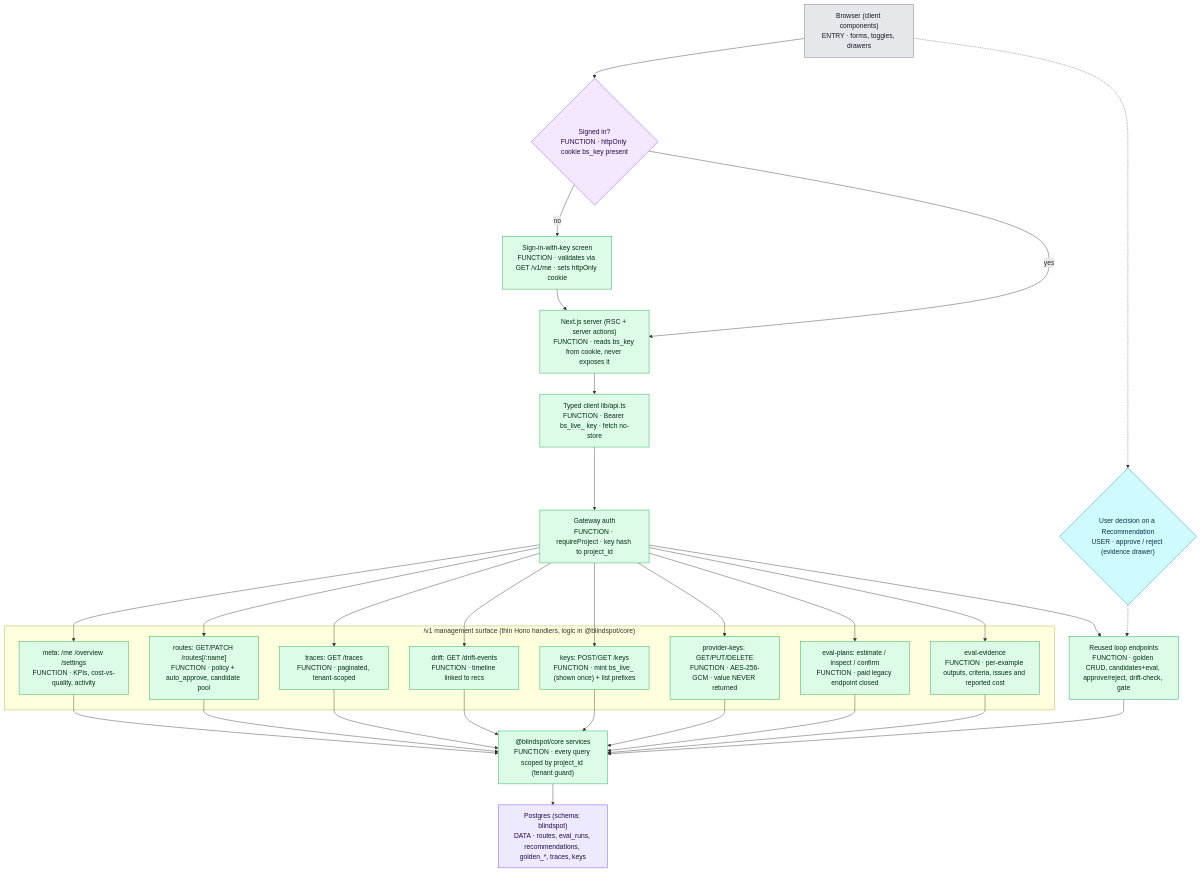
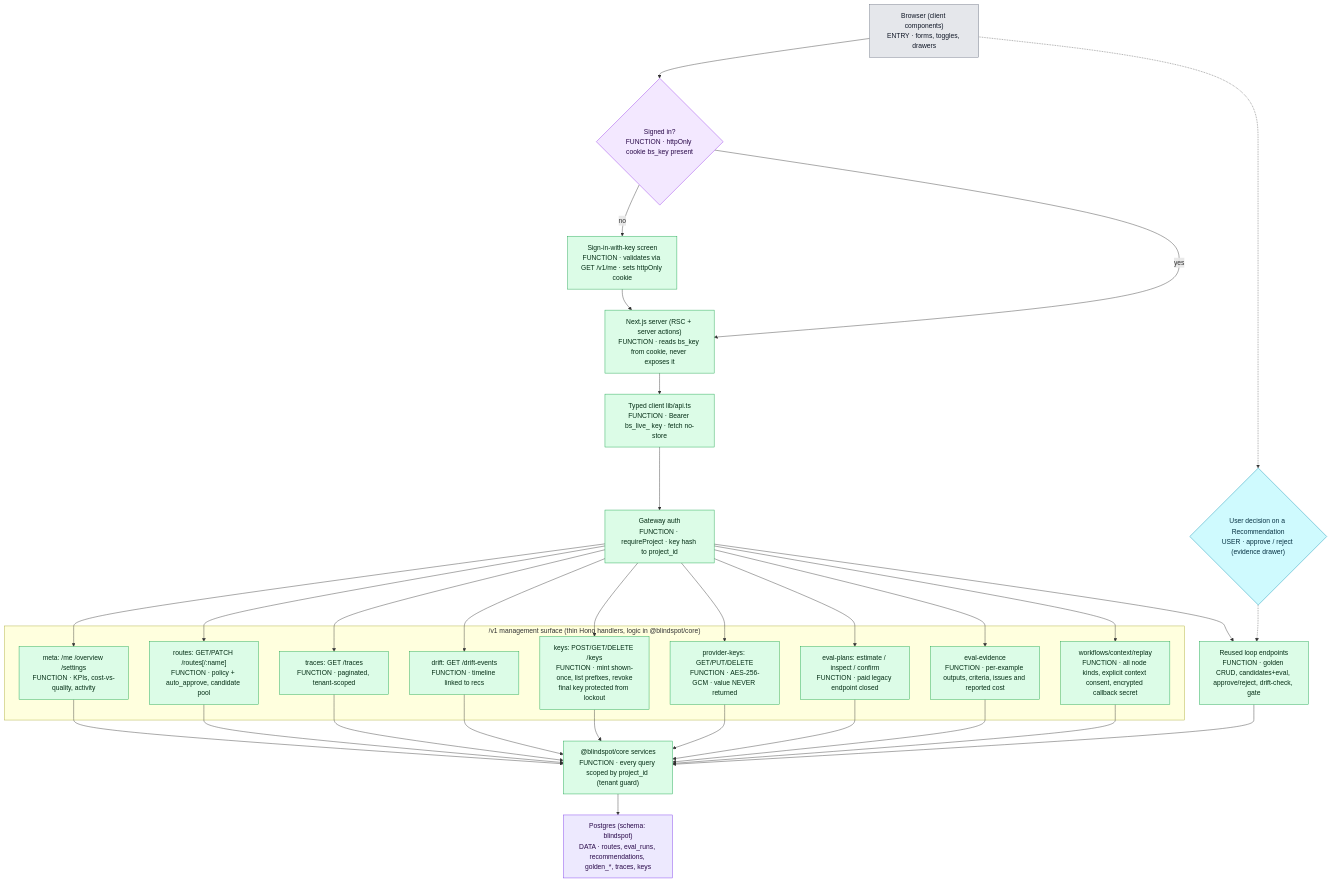
The diagram in docs/mermaid/05-dashboard-mgmt.mmd (APareek89/blindspot), drawn with Mermaid before and after one commit. The commit also changed 70 other files, not shown here.

Commit message:
feat: make eval evidence truthful and deployable

```diff
--- a/docs/mermaid/05-dashboard-mgmt.mmd
+++ b/docs/mermaid/05-dashboard-mgmt.mmd
@@ -1,57 +1,62 @@
-%% Blindspot — dashboard + management API (Phase 7). BUILT & verified live 2026-07-16.
+%% Blindspot — dashboard + management API. Truthful-evidence UX + key rotation synced 2026-07-21.
 %% The Next.js dashboard is a pure HTTP client of /v1; the bs_live_ key never leaves the server.
+%% files: apps/dashboard/lib/api.ts, apps/dashboard/app/(app)/settings/SettingsView.tsx, apps/dashboard/app/(app)/routes/[name]/evals/page.tsx, apps/gateway/src/manage/keys.ts, apps/gateway/src/manage/workflows.ts
+%% granularity: full
 flowchart TD
   U["Browser (client components)<br/>ENTRY · forms, toggles, drawers"]:::term
   L{"Signed in?<br/>FUNCTION · httpOnly cookie bs_key present"}:::dec
   SI["Sign-in-with-key screen<br/>FUNCTION · validates via GET /v1/me · sets httpOnly cookie"]:::fn
   SC["Next.js server (RSC + server actions)<br/>FUNCTION · reads bs_key from cookie, never exposes it"]:::fn
   API["Typed client lib/api.ts<br/>FUNCTION · Bearer bs_live_ key · fetch no-store"]:::fn
   MW["Gateway auth<br/>FUNCTION · requireProject · key hash to project_id"]:::fn
 
   subgraph MGMT["/v1 management surface (thin Hono handlers, logic in @blindspot/core)"]
     ME["meta: /me /overview /settings<br/>FUNCTION · KPIs, cost-vs-quality, activity"]:::fn
     RT["routes: GET/PATCH /routes[/:name]<br/>FUNCTION · policy + auto_approve, candidate pool"]:::fn
     TR["traces: GET /traces<br/>FUNCTION · paginated, tenant-scoped"]:::fn
     DR["drift: GET /drift-events<br/>FUNCTION · timeline linked to recs"]:::fn
-    KG["keys: POST/GET /keys<br/>FUNCTION · mint bs_live_ (shown once) + list prefixes"]:::fn
+    KG["keys: POST/GET/DELETE /keys<br/>FUNCTION · mint shown-once, list prefixes, revoke<br/>final key protected from lockout"]:::fn
     KP["provider-keys: GET/PUT/DELETE<br/>FUNCTION · AES-256-GCM · value NEVER returned"]:::fn
     EV["eval-plans: estimate / inspect / confirm<br/>FUNCTION · paid legacy endpoint closed"]:::fn
     EE["eval-evidence<br/>FUNCTION · per-example outputs, criteria, issues and reported cost"]:::fn
+    WF["workflows/context/replay<br/>FUNCTION · all node kinds, explicit context consent, encrypted callback secret"]:::fn
   end
 
   CORE["@blindspot/core services<br/>FUNCTION · every query scoped by project_id (tenant guard)"]:::fn
   DB["Postgres (schema: blindspot)<br/>DATA · routes, eval_runs, recommendations, golden_*, traces, keys"]:::data
   REUSE["Reused loop endpoints<br/>FUNCTION · golden CRUD, candidates+eval, approve/reject, drift-check, gate"]:::fn
   DEC{"User decision on a Recommendation<br/>USER · approve / reject (evidence drawer)"}:::ask
 
   U --> L
   L -- "no" --> SI --> SC
   L -- "yes" --> SC
   SC --> API --> MW
   MW --> ME
   MW --> RT
   MW --> TR
   MW --> DR
   MW --> KG
   MW --> KP
   MW --> EV
   MW --> EE
+  MW --> WF
   MW --> REUSE
   ME --> CORE
   RT --> CORE
   TR --> CORE
   DR --> CORE
   KG --> CORE
   KP --> CORE
   EV --> CORE
   EE --> CORE
+  WF --> CORE
   REUSE --> CORE
   CORE --> DB
   U -.-> DEC
   DEC -.-> REUSE
 
   classDef fn fill:#dcfce7,stroke:#16a34a,color:#052e16;
   classDef dec fill:#f3e8ff,stroke:#9333ea,color:#2a0a4a;
   classDef term fill:#e5e7eb,stroke:#6b7280,color:#111827;
   classDef ask fill:#cffafe,stroke:#0891b2,color:#083344;
   classDef data fill:#ede9fe,stroke:#7c3aed,color:#2a0a4a;
```
